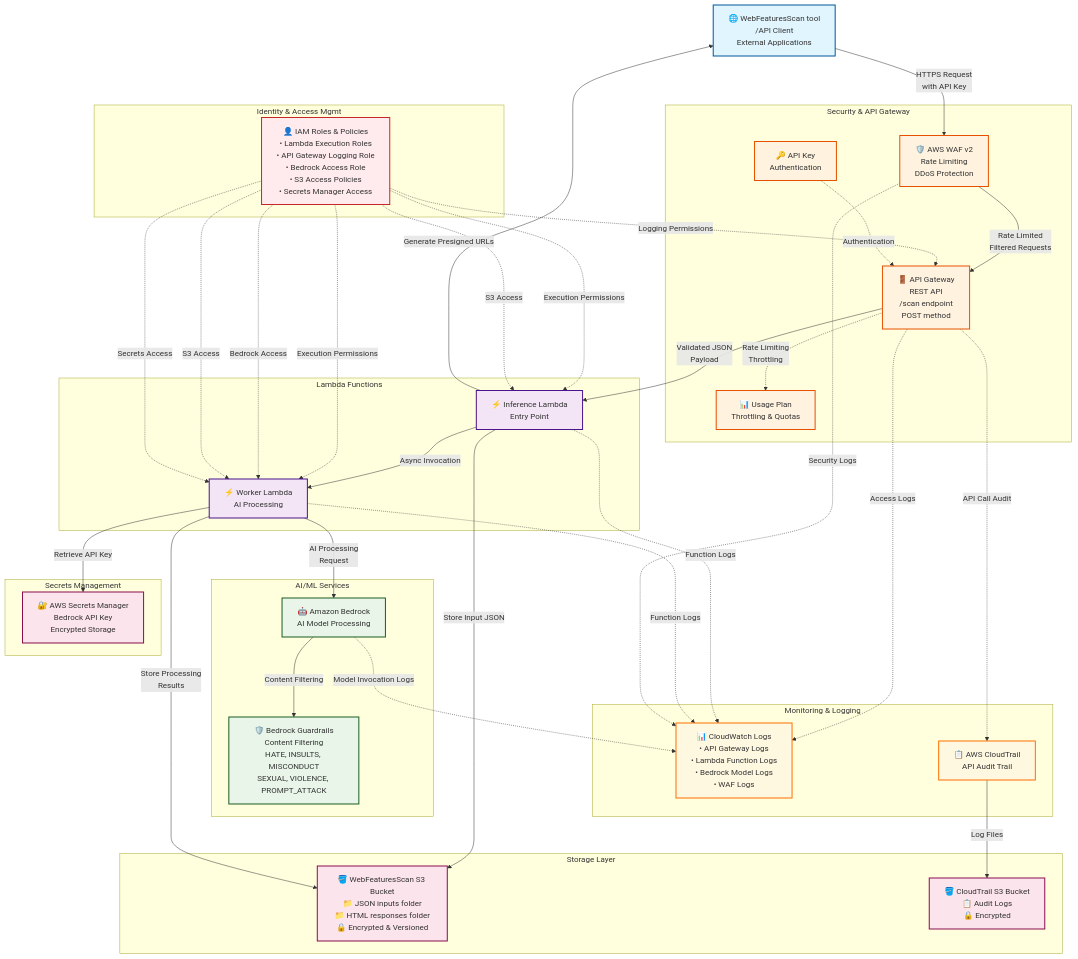
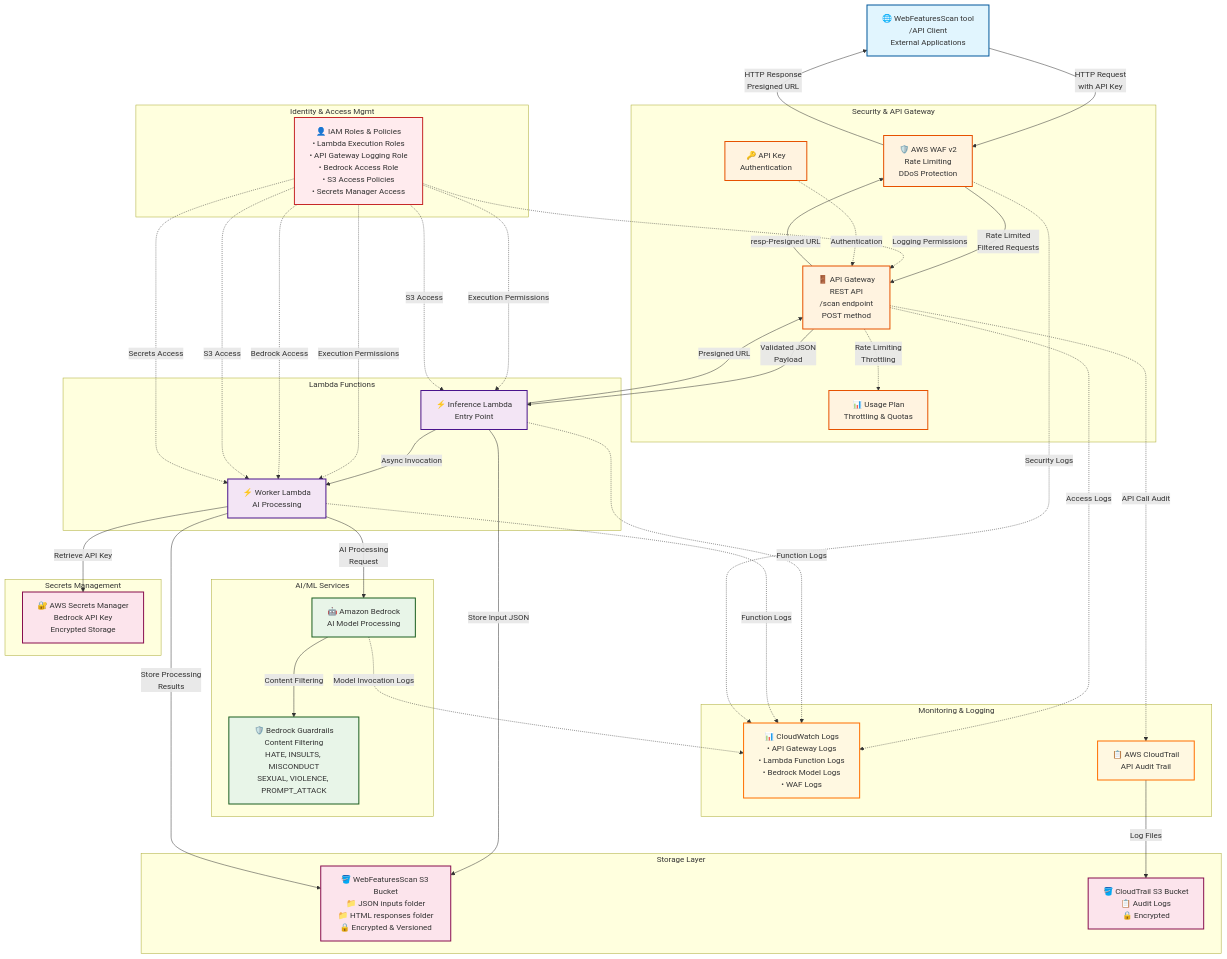
The diagram in README.md (nnnpsk/scanosumm), drawn with Mermaid before and after one commit.

Commit message:
updated diagram

```diff
--- a/README.md
+++ b/README.md
@@ -118,16 +118,19 @@
     end
     
     %% Data Flow - Main Request Path
-    Client -->|HTTPS Request<br/>with API Key| WAF
+    Client -->|HTTP Request<br/>with API Key| WAF
     WAF -->|Rate Limited<br/>Filtered Requests| APIGW
     APIGW -->|Validated JSON<br/>Payload| InferLambda
     InferLambda -->|Async Invocation| WorkerLambda
     WorkerLambda -->|AI Processing<br/>Request| Bedrock
     Bedrock -->|Content Filtering| Guardrail
+    InferLambda -->|Presigned URL| APIGW
+    APIGW -->|resp-Presigned URL| WAF
+    WAF -->|HTTP Response<br/>Presigned URL| Client
+
     
     %% Storage Operations 
     InferLambda -->|Store Input JSON| S3Scanora
-	InferLambda -->|Generate Presigned URLs| Client
     WorkerLambda -->|Store Processing<br/>Results| S3Scanora
     WorkerLambda -->|Retrieve API Key| SecretsManager
     
```
